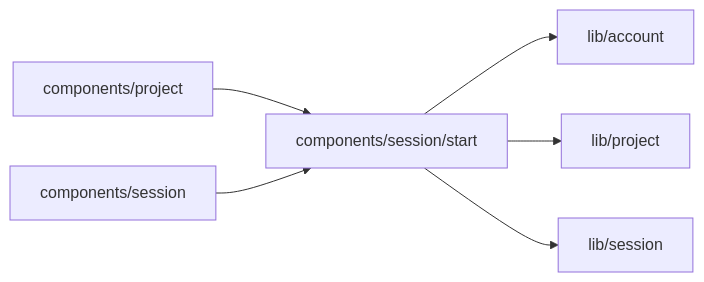
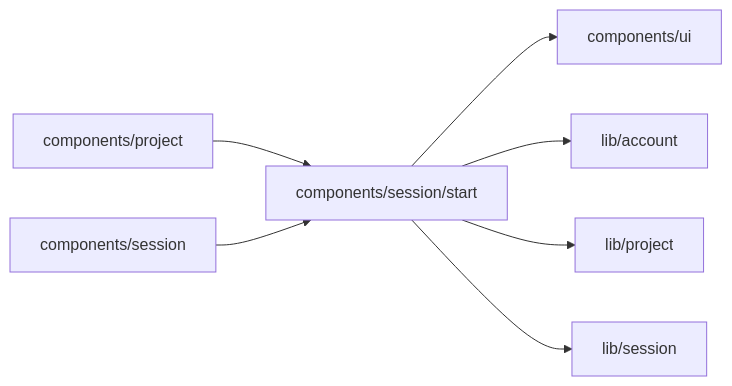
One commit to superdurable/superverse changed the diagram in web/studio/components/session/start/README.md. Above: the diagram before and after it, drawn with Mermaid. The commit also changed other lines of this file and 278 other files, not shown here.

````diff
--- a/web/studio/components/session/start/README.md
+++ b/web/studio/components/session/start/README.md
@@ -10,9 +10,10 @@
 ```mermaid
 flowchart LR
   self["components/session/start"]
   c0["components/project"] --> self
   c1["components/session"] --> self
-  self --> d0["lib/account"]
-  self --> d1["lib/project"]
-  self --> d2["lib/session"]
+  self --> d0["components/ui"]
+  self --> d1["lib/account"]
+  self --> d2["lib/project"]
+  self --> d3["lib/session"]
 ```
````
